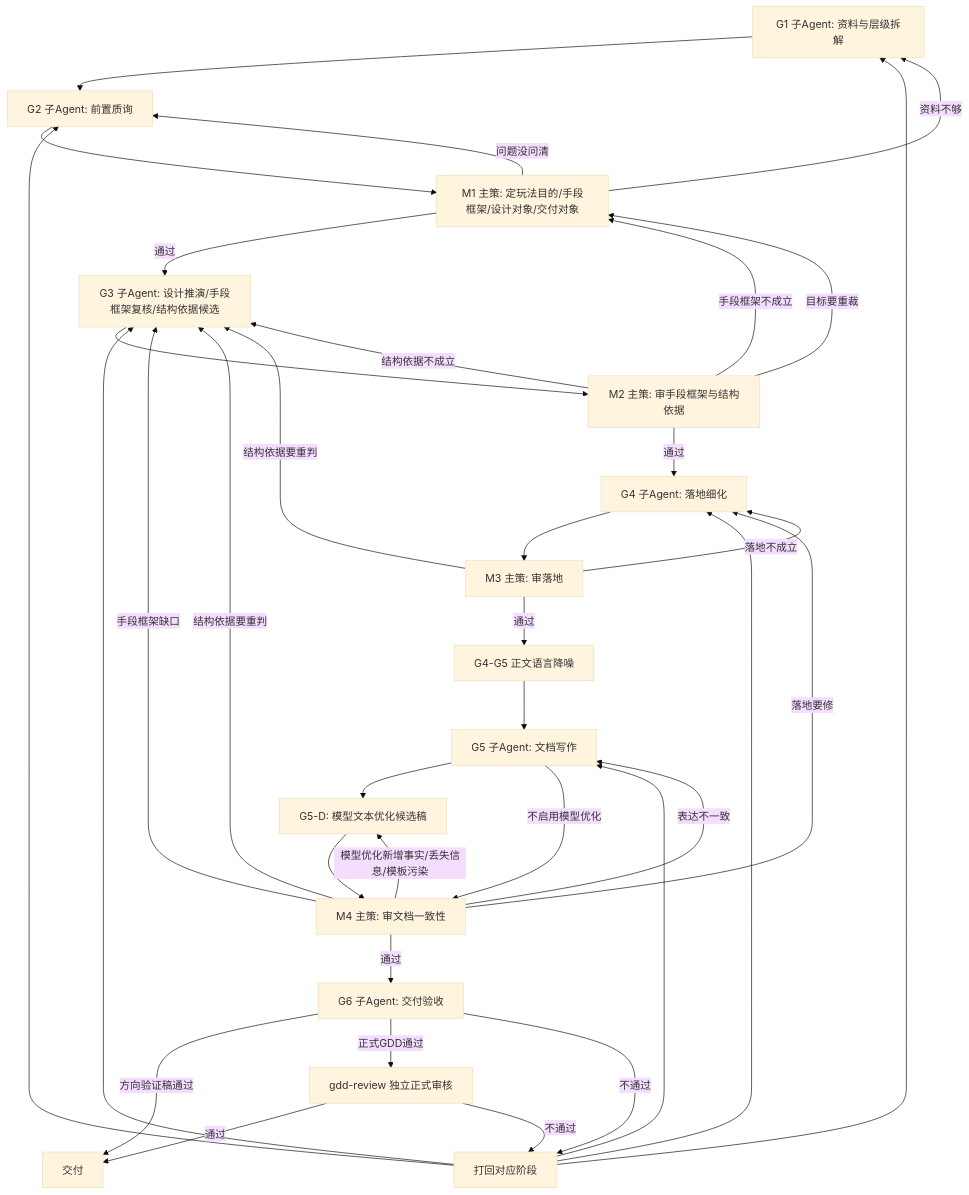
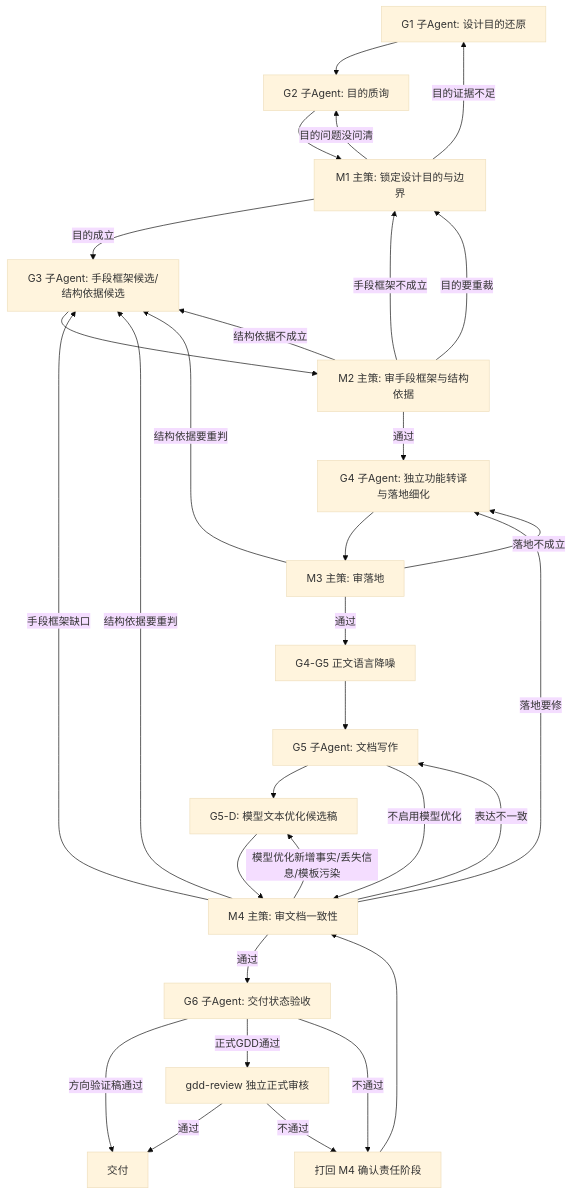
The diagram in reference/部门标准/策划/gdd/多Agent设计文档工作流.md (jeff931746-creator/Codex), drawn with Mermaid (base theme) before and after one commit. The commit also changed other lines of this file and 85 other files, not shown here.

````diff
--- a/reference/部门标准/策划/gdd/多Agent设计文档工作流.md
+++ b/reference/部门标准/策划/gdd/多Agent设计文档工作流.md
@@ -38,41 +38,37 @@
 ```mermaid
 flowchart TD
-    G1[G1 子Agent: 资料与层级拆解] --> G2[G2 子Agent: 前置质询]
-    G2 --> M1[M1 主策: 定玩法目的/手段框架/设计对象/交付对象]
-    M1 -->|通过| G3[G3 子Agent: 设计推演/手段框架复核/结构依据候选]
-    M1 -->|资料不够| G1
-    M1 -->|问题没问清| G2
+    G1[G1 子Agent: 设计目的还原] --> G2[G2 子Agent: 目的质询]
+    G2 --> M1[M1 主策: 锁定设计目的与边界]
+    M1 -->|目的成立| G3[G3 子Agent: 手段框架候选/结构依据候选]
+    M1 -->|目的证据不足| G1
+    M1 -->|目的问题没问清| G2
 
     G3 --> M2[M2 主策: 审手段框架与结构依据]
-    M2 -->|通过| G4[G4 子Agent: 落地细化]
+    M2 -->|通过| G4[G4 子Agent: 独立功能转译与落地细化]
     M2 -->|手段框架不成立| M1
     M2 -->|结构依据不成立| G3
-    M2 -->|目标要重裁| M1
+    M2 -->|目的要重裁| M1
 
     G4 --> M3[M3 主策: 审落地]
     M3 -->|通过| N[G4-G5 正文语言降噪]
     N --> G5[G5 子Agent: 文档写作]
     M3 -->|落地不成立| G4
     M3 -->|结构依据要重判| G3
 
     G5 --> D[G5-D: 模型文本优化候选稿]
     D --> M4[M4 主策: 审文档一致性]
     G5 -->|不启用模型优化| M4
-    M4 -->|通过| G6[G6 子Agent: 交付验收]
+    M4 -->|通过| G6[G6 子Agent: 交付状态验收]
     M4 -->|模型优化新增事实/丢失信息/模板污染| D
     M4 -->|表达不一致| G5
     M4 -->|落地要修| G4
     M4 -->|手段框架缺口| G3
     M4 -->|结构依据要重判| G3
 
     G6 -->|方向验证稿通过| Z[交付]
     G6 -->|正式GDD通过| GR[gdd-review 独立正式审核]
     GR -->|通过| Z
     GR -->|不通过| R
-    G6 -->|不通过| R[打回对应阶段]
-    R --> G1
-    R --> G2
-    R --> G3
-    R --> G4
-    R --> G5
+    G6 -->|不通过| R[打回 M4 确认责任阶段]
+    R --> M4
 ```
````
